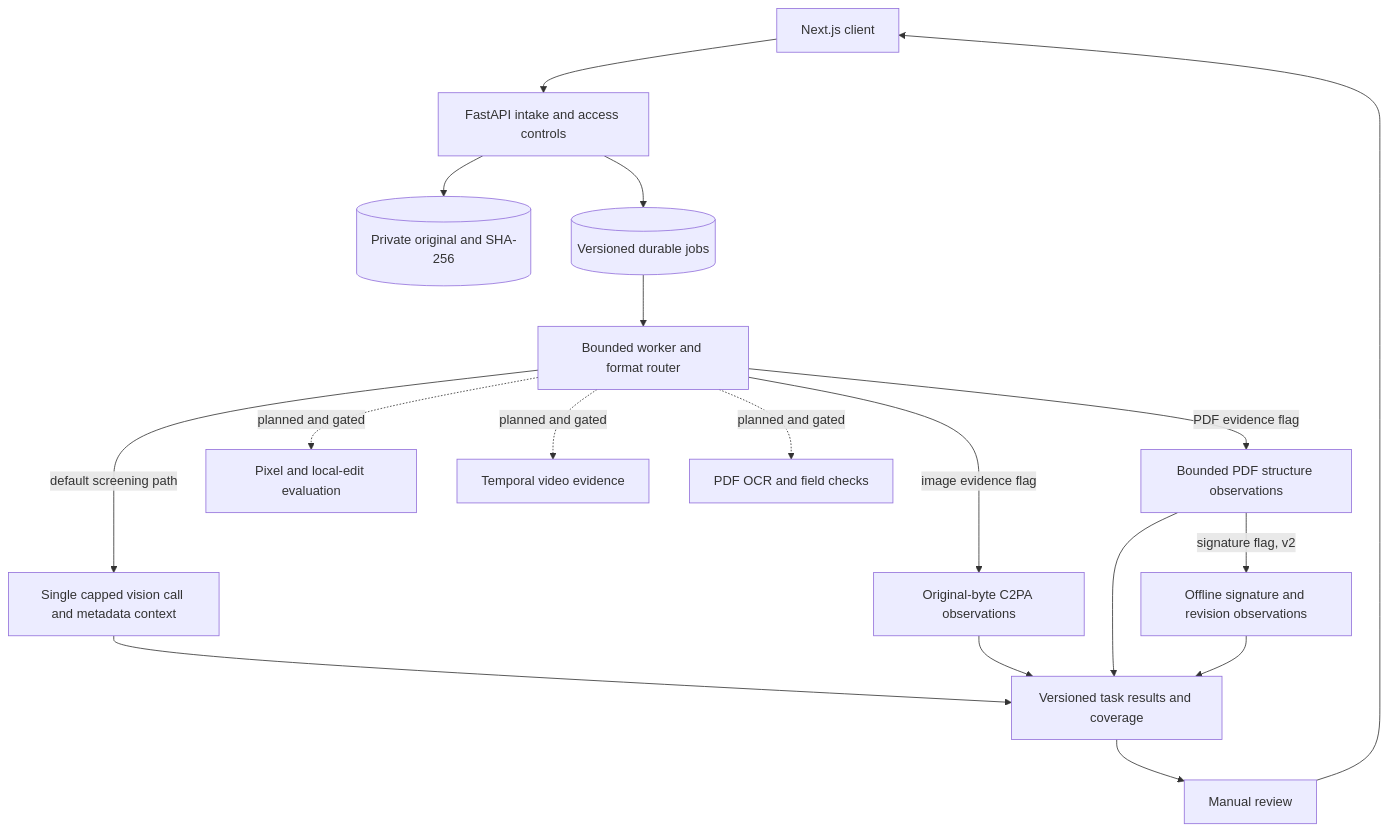
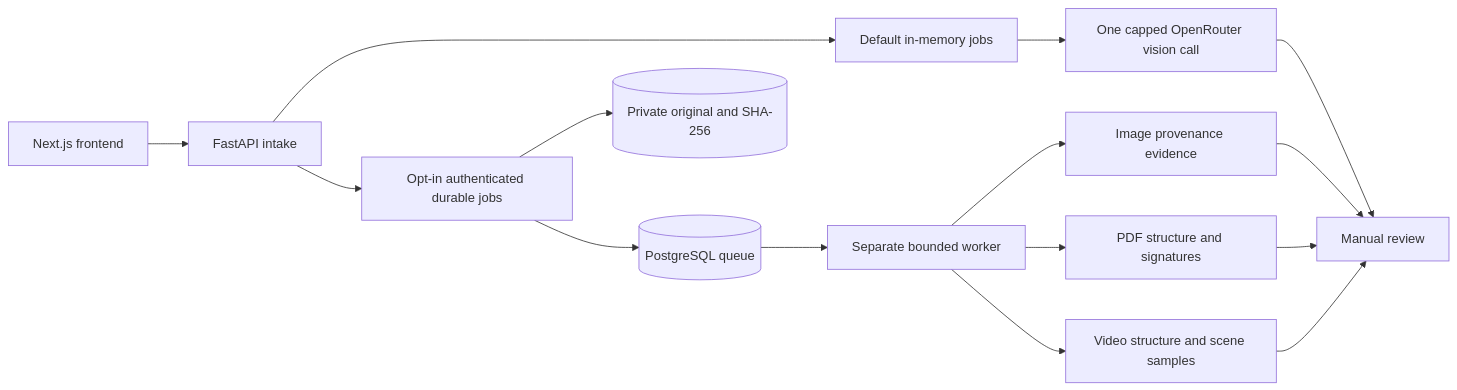
The diagram in README.md (adimalkar/multimodal-fraud-detector), drawn with Mermaid before and after one commit. The commit also changed other lines of this file and 1 other file, not shown here.

Commit message:
Refresh project README for current evidence pipeline

````diff
--- a/README.md
+++ b/README.md
@@ -30,23 +19,17 @@
 ```mermaid
-flowchart TD
-    UI[Next.js client] --> API[FastAPI intake and access controls]
-    API --> Original[(Private original and SHA-256)]
-    API --> Jobs[(Versioned durable jobs)]
-    Jobs --> Worker[Bounded worker and format router]
-
-    Worker -->|default screening path| VLM[Single capped vision call and metadata context]
-    Worker -->|image evidence flag| C2PA[Original-byte C2PA observations]
-    Worker -->|PDF evidence flag| PDF1[Bounded PDF structure observations]
-    PDF1 -->|signature flag, v2| PDF2[Offline signature and revision observations]
-
-    Worker -. planned and gated .-> Image[Pixel and local-edit evaluation]
-    Worker -. planned and gated .-> Video[Temporal video evidence]
-    Worker -. planned and gated .-> Fields[PDF OCR and field checks]
-
-    VLM --> Results[Versioned task results and coverage]
-    C2PA --> Results
-    PDF1 --> Results
-    PDF2 --> Results
-    Results --> Review[Manual review]
-    Review --> UI
+flowchart LR
+    UI[Next.js frontend] --> API[FastAPI intake]
+    API --> Legacy[Default in-memory jobs]
+    Legacy --> VLM[One capped OpenRouter vision call]
+    API --> Durable[Opt-in authenticated durable jobs]
+    Durable --> Store[(Private original and SHA-256)]
+    Durable --> Queue[(PostgreSQL queue)]
+    Queue --> Worker[Separate bounded worker]
+    Worker --> Image[Image provenance evidence]
+    Worker --> PDF[PDF structure and signatures]
+    Worker --> Video[Video structure and scene samples]
+    VLM --> Review[Manual review]
+    Image --> Review
+    PDF --> Review
+    Video --> Review
 ```
````
